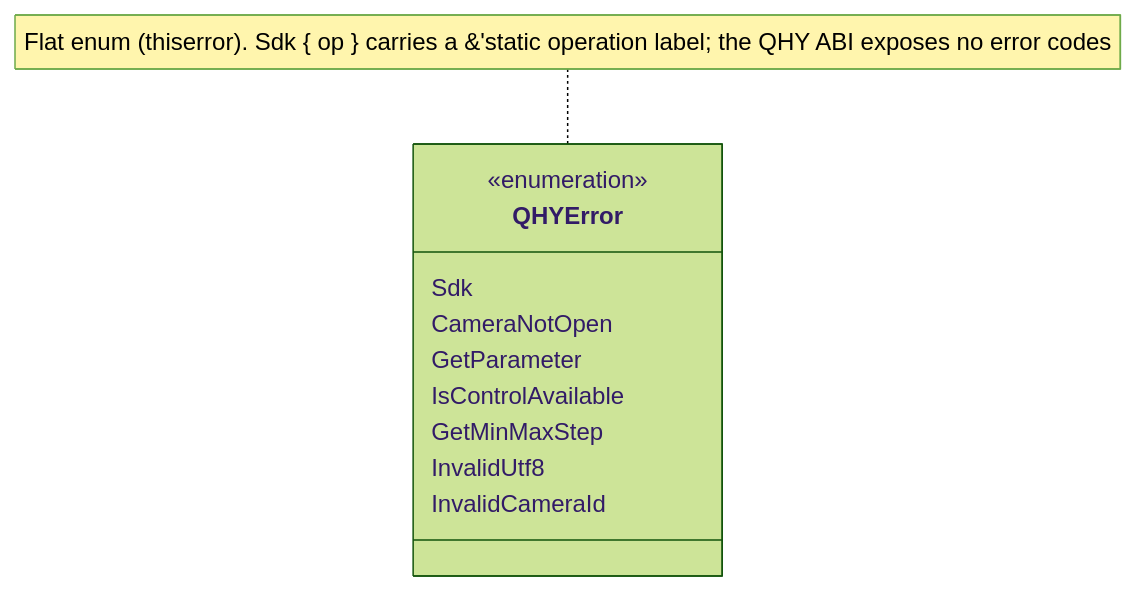
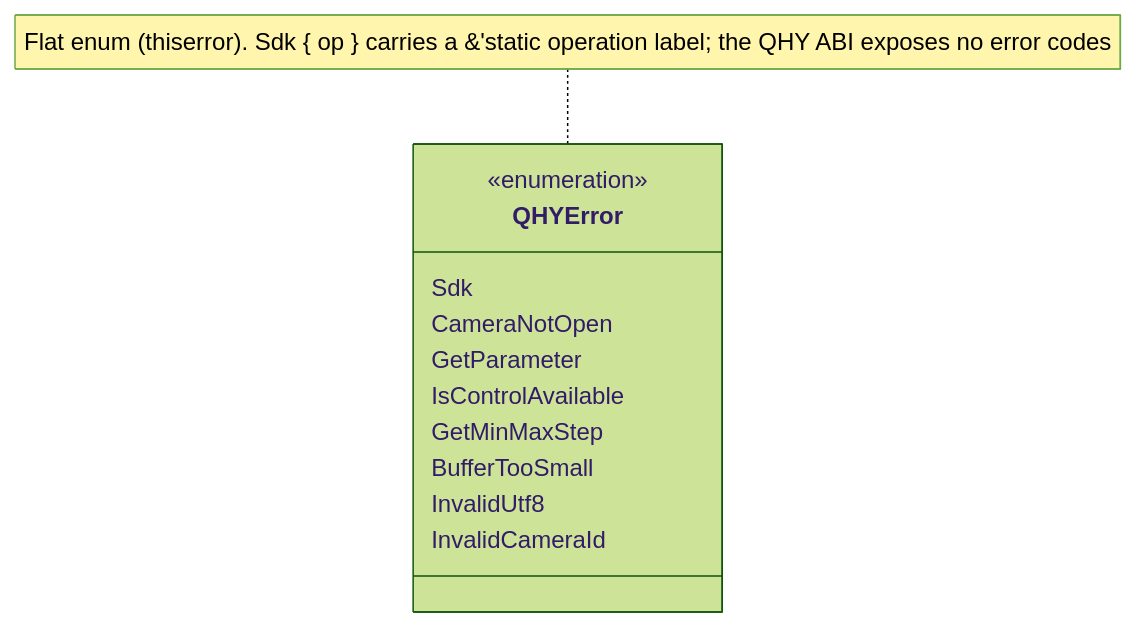
Before and after one commit to ivonnyssen/rusty-photon: the tenth of 19 diagrams in crates/qhyccd-rs/docs/qhyccd-rs.md, drawn with Mermaid (forest theme). The commit also changed other lines of this file and 1 other file, not shown here.

First line of the commit message:
docs(qhyccd-rs): add BufferTooSmall to the QHYError doc surfaces + fix Control straggler

````diff
--- a/crates/qhyccd-rs/docs/qhyccd-rs.md
+++ b/crates/qhyccd-rs/docs/qhyccd-rs.md
@@ -444,15 +444,16 @@
 ```mermaid
 classDiagram
     class QHYError {
         <<enumeration>>
         Sdk
         CameraNotOpen
         GetParameter
         IsControlAvailable
         GetMinMaxStep
+        BufferTooSmall
         InvalidUtf8
         InvalidCameraId
     }
 
     note for QHYError "Flat enum (thiserror). Sdk { op } carries a &'static operation label; the QHY ABI exposes no error codes"
 ```
````
